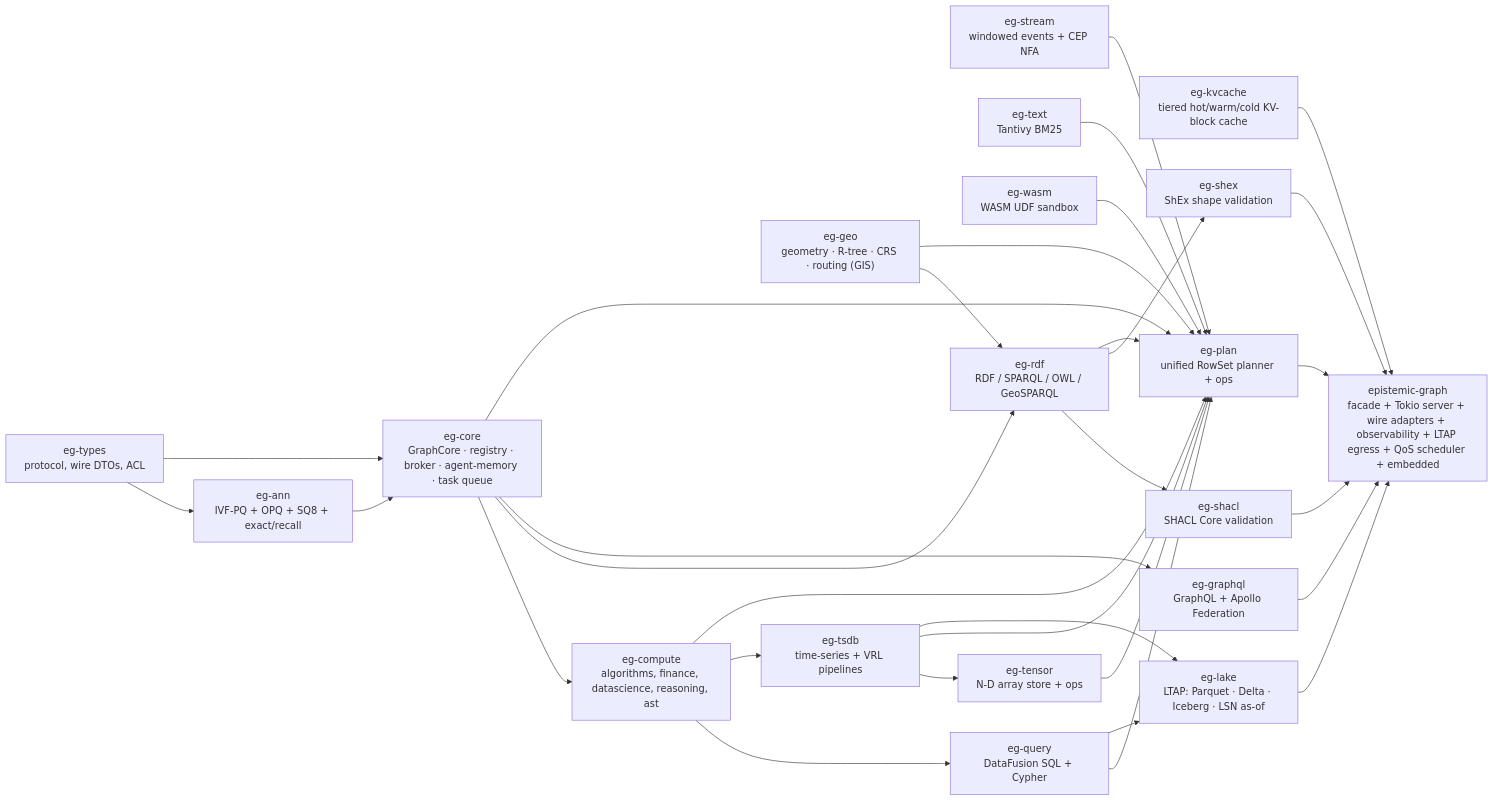
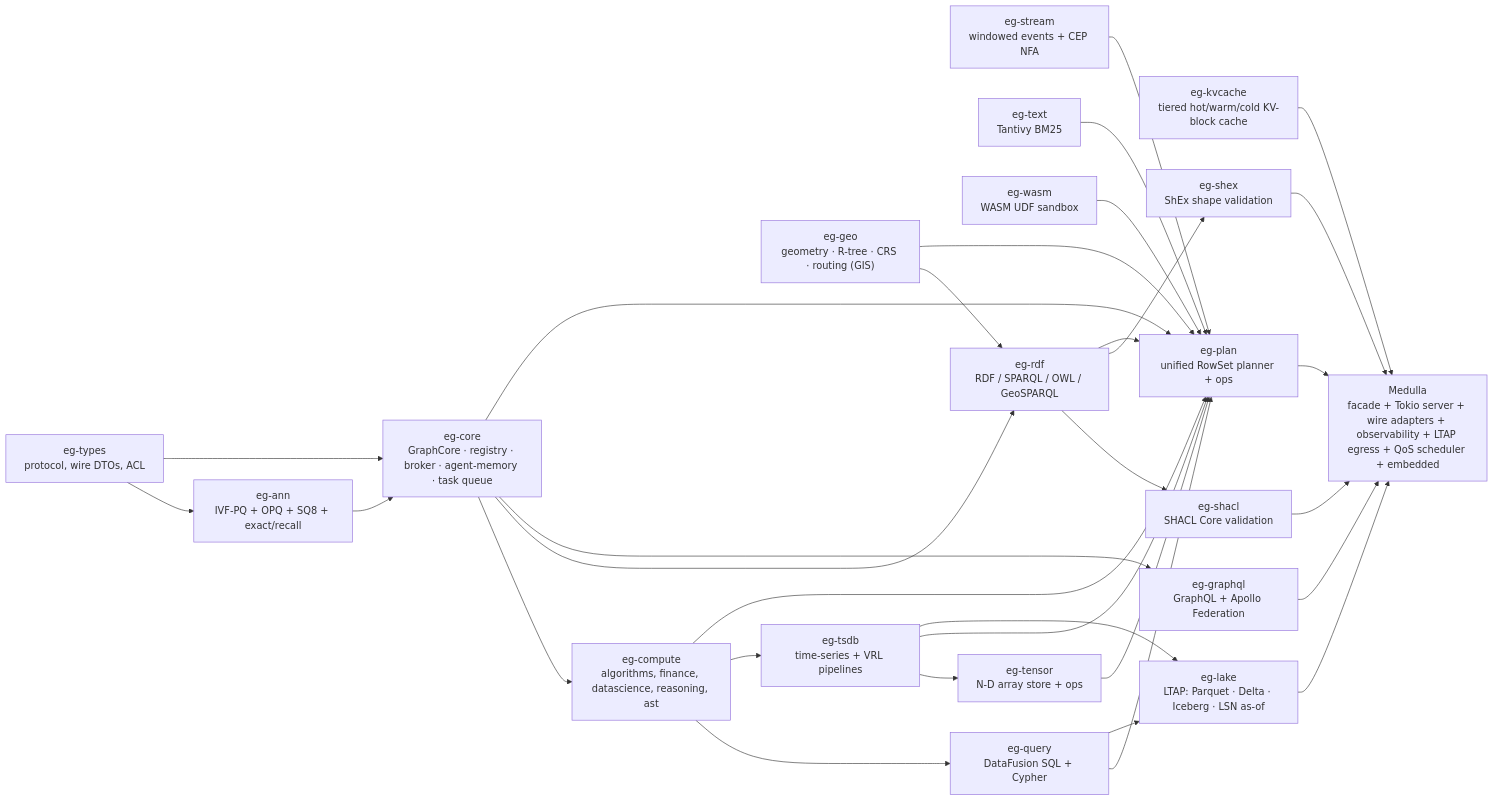
Before and after one commit to Knuckles-Team/epistemic-graph: the second of 3 diagrams in docs/overview.md, drawn with Mermaid. The commit also changed other lines of this file and 59 other files, not shown here.

````diff
--- a/docs/overview.md
+++ b/docs/overview.md
@@ -55,47 +55,47 @@
 ```mermaid
 flowchart LR
     EGT["eg-types<br/>protocol, wire DTOs, ACL"]
     EGANN["eg-ann<br/>IVF-PQ + OPQ + SQ8 + exact/recall"]
     EGGEO["eg-geo<br/>geometry · R-tree · CRS · routing (GIS)"]
     EGSTREAM["eg-stream<br/>windowed events + CEP NFA"]
     EGKV["eg-kvcache<br/>tiered hot/warm/cold KV-block cache"]
     EGTEXT["eg-text<br/>Tantivy BM25"]
     EGWASM["eg-wasm<br/>WASM UDF sandbox"]
     EGCORE["eg-core<br/>GraphCore · registry · broker · agent-memory · task queue"]
     EGCOMPUTE["eg-compute<br/>algorithms, finance, datascience, reasoning, ast"]
     EGQUERY["eg-query<br/>DataFusion SQL + Cypher"]
     EGTSDB["eg-tsdb<br/>time-series + VRL pipelines"]
     EGTENSOR["eg-tensor<br/>N-D array store + ops"]
     EGRDF["eg-rdf<br/>RDF / SPARQL / OWL / GeoSPARQL"]
     EGSHACL["eg-shacl<br/>SHACL Core validation"]
     EGSHEX["eg-shex<br/>ShEx shape validation"]
     EGPLAN["eg-plan<br/>unified RowSet planner + ops"]
     EGGQL["eg-graphql<br/>GraphQL + Apollo Federation"]
     EGLAKE["eg-lake<br/>LTAP: Parquet · Delta · Iceberg · LSN as-of"]
-    FACADE["epistemic-graph<br/>facade + Tokio server + wire adapters + observability + LTAP egress + QoS scheduler + embedded"]
+    FACADE["Medulla<br/>facade + Tokio server + wire adapters + observability + LTAP egress + QoS scheduler + embedded"]
 
     EGT --> EGANN --> EGCORE
     EGT --> EGCORE
     EGCORE --> EGCOMPUTE --> EGQUERY
     EGCOMPUTE --> EGTSDB --> EGTENSOR
     EGGEO --> EGRDF
     EGCORE --> EGRDF --> EGSHACL
     EGRDF --> EGSHEX
     EGCORE --> EGGQL --> FACADE
     EGCOMPUTE --> EGPLAN
     EGCORE --> EGPLAN
     EGQUERY --> EGPLAN
     EGRDF --> EGPLAN
     EGTSDB --> EGPLAN
     EGTENSOR --> EGPLAN
     EGTEXT --> EGPLAN
     EGWASM --> EGPLAN
     EGGEO --> EGPLAN
     EGSTREAM --> EGPLAN
     EGPLAN --> FACADE
     EGSHACL --> FACADE
     EGSHEX --> FACADE
     EGKV --> FACADE
     EGQUERY --> EGLAKE --> FACADE
     EGTSDB --> EGLAKE
 ```
````
